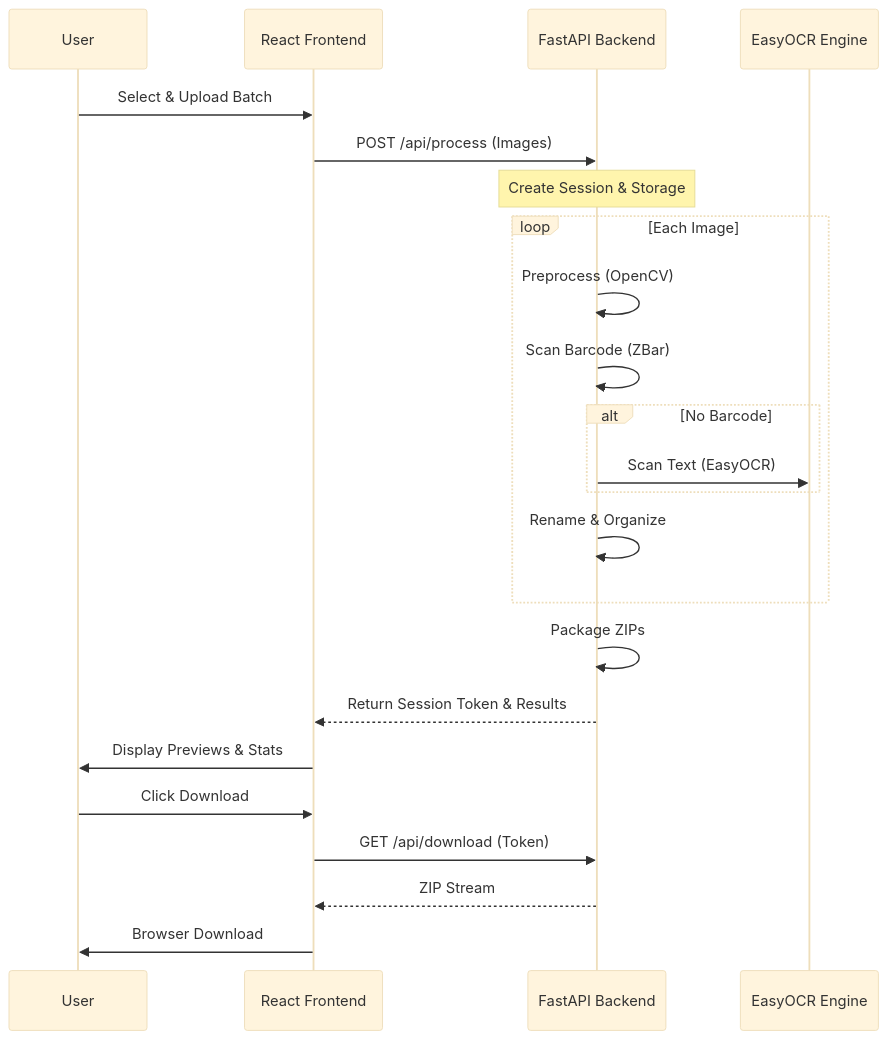
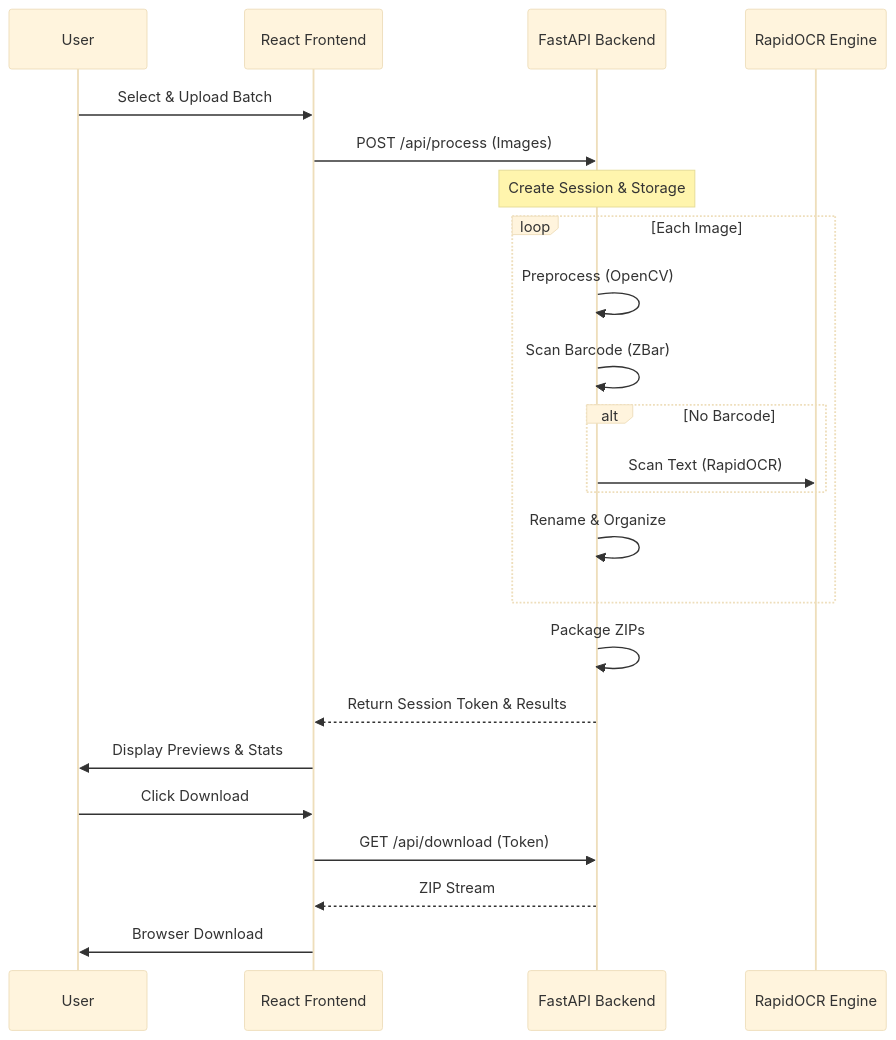
Before and after one commit to Harshodai/vr-image-sorter: the diagram in ARCHITECTURE.md, drawn with Mermaid (base theme). The commit also changed other lines of this file and 5 other files, not shown here.

Commit message:
feat: migrate to RapidOCR, add model preloading, and improve Docker deployment isolation

````diff
--- a/ARCHITECTURE.md
+++ b/ARCHITECTURE.md
@@ -12,26 +12,26 @@
 ```mermaid
 sequenceDiagram
     participant U as User
     participant F as React Frontend
     participant B as FastAPI Backend
-    participant AI as EasyOCR Engine
+    participant AI as RapidOCR Engine
     
     U->>F: Select & Upload Batch
     F->>B: POST /api/process (Images)
     Note over B: Create Session & Storage
     loop Each Image
         B->>B: Preprocess (OpenCV)
         B->>B: Scan Barcode (ZBar)
         alt No Barcode
-            B->>AI: Scan Text (EasyOCR)
+            B->>AI: Scan Text (RapidOCR)
         end
         B->>B: Rename & Organize
     end
     B->>B: Package ZIPs
     B-->>F: Return Session Token & Results
     F->>U: Display Previews & Stats
     U->>F: Click Download
     F->>B: GET /api/download (Token)
     B-->>F: ZIP Stream
     F->>U: Browser Download
 ```
````
